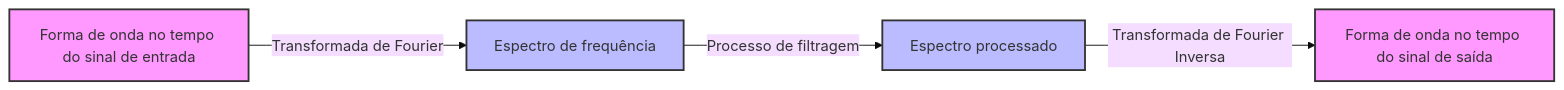
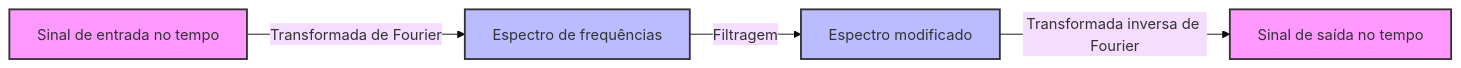
Before and after one commit to kenjinote/blog: the diagram in content/post/fourier-series-and-transform/index.pt.md, drawn with Mermaid (base theme). The commit also changed other lines of this file and 7 other files, not shown here.

````diff
--- a/content/post/fourier-series-and-transform/index.pt.md
+++ b/content/post/fourier-series-and-transform/index.pt.md
@@ -80,12 +93,11 @@
 ```mermaid
 flowchart LR
-    A["Forma de onda no tempo do sinal de entrada"] -->|"Transformada de Fourier"| B["Espectro de frequência"]
-    B -->|"Processo de filtragem"| C["Espectro processado"]
-    C -->|"Transformada de Fourier Inversa"| D["Forma de onda no tempo do sinal de saída"]
-    
-    %% Estilo de nós
+    A["Sinal de entrada no tempo"] -->|"Transformada de Fourier"| B["Espectro de frequências"]
+    B -->|"Filtragem"| C["Espectro modificado"]
+    C -->|"Transformada inversa de Fourier"| D["Sinal de saída no tempo"]
+
     style A fill:#f9f,stroke:#333,stroke-width:2px
     style B fill:#bbf,stroke:#333,stroke-width:2px
     style C fill:#bbf,stroke:#333,stroke-width:2px
     style D fill:#f9f,stroke:#333,stroke-width:2px
 ```
````
